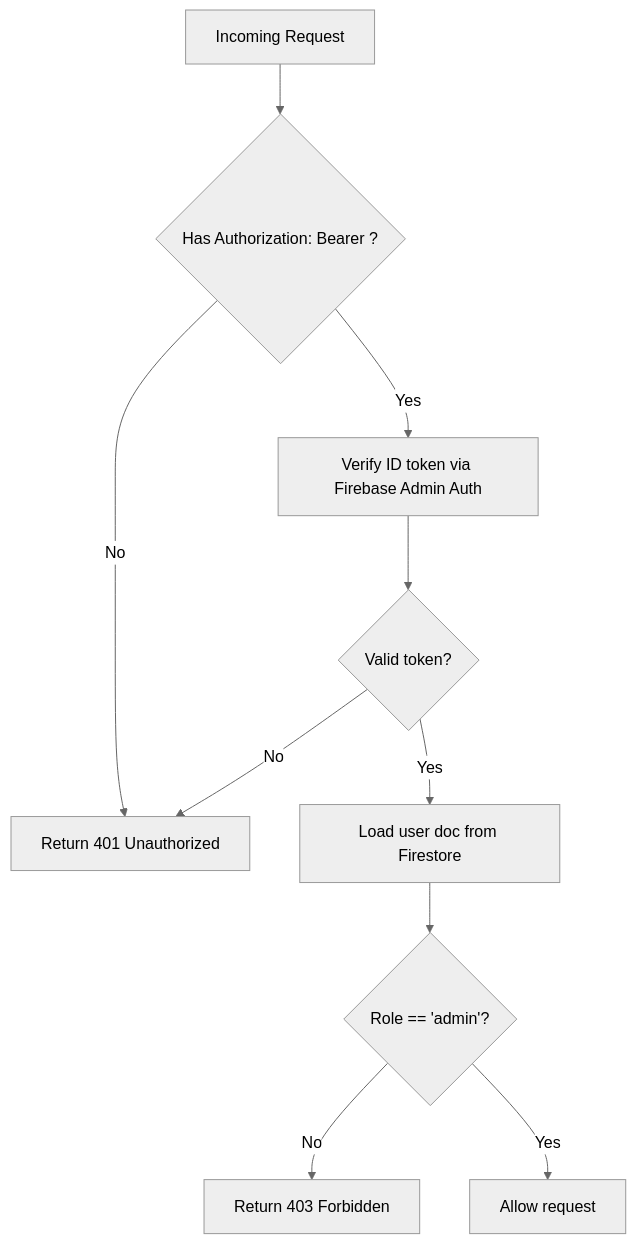
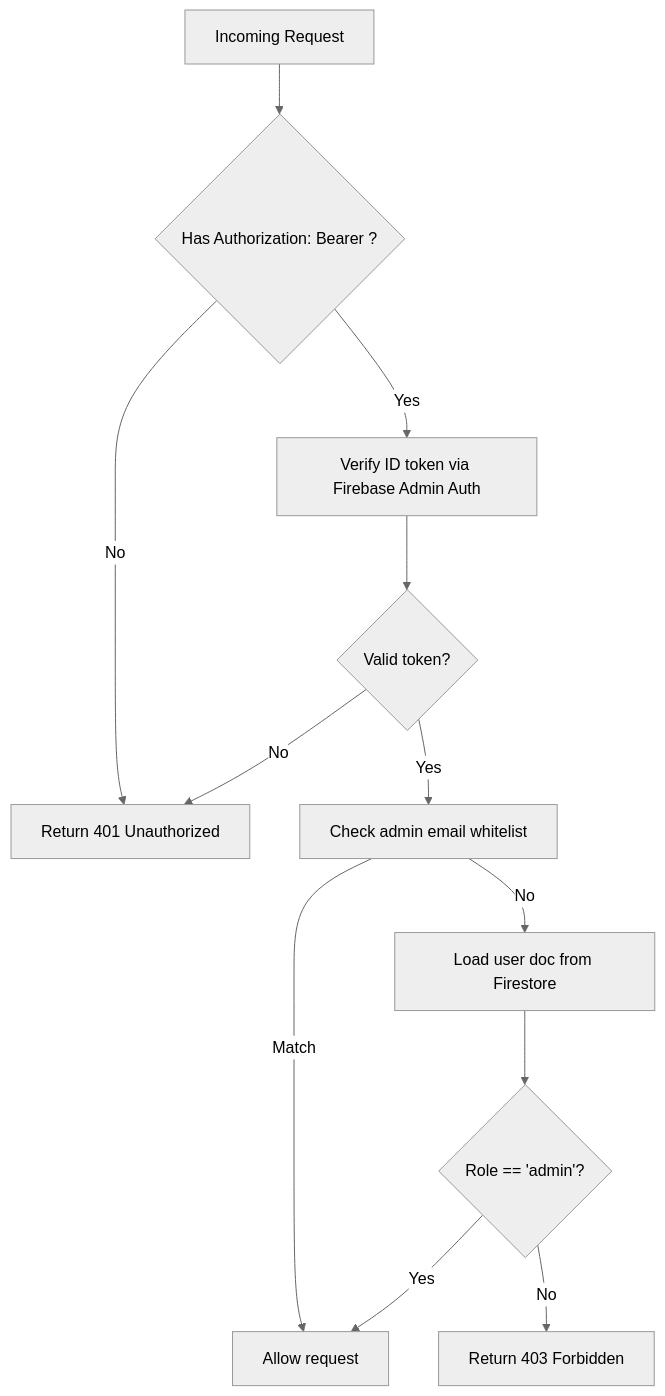
One commit to alikizang/datafrica changed the fifth of 6 diagrams in .qoder/repowiki/en/content/Admin Panel/Analytics and Reporting System.md. Above: the diagram before and after it, drawn with Mermaid (neutral theme). The commit also changed other lines of this file and 21 other files, not shown here.

````diff
--- a/.qoder/repowiki/en/content/Admin Panel/Analytics and Reporting System.md
+++ b/.qoder/repowiki/en/content/Admin Panel/Analytics and Reporting System.md
@@ -162,12 +377,14 @@
 ```mermaid
 flowchart TD
 Req["Incoming Request"] --> HasHeader{"Has Authorization: Bearer <token>?"}
 HasHeader --> |No| Unauthorized["Return 401 Unauthorized"]
 HasHeader --> |Yes| VerifyToken["Verify ID token via Firebase Admin Auth"]
 VerifyToken --> TokenOK{"Valid token?"}
 TokenOK --> |No| Unauthorized
-TokenOK --> |Yes| LoadUser["Load user doc from Firestore"]
+TokenOK --> |Yes| CheckEmails["Check admin email whitelist"]
+CheckEmails --> |Match| Allow["Allow request"]
+CheckEmails --> |No| LoadUser["Load user doc from Firestore"]
 LoadUser --> IsAdmin{"Role == 'admin'?"}
 IsAdmin --> |No| Forbidden["Return 403 Forbidden"]
-IsAdmin --> |Yes| Allow["Allow request"]
+IsAdmin --> |Yes| Allow
 ```
````
